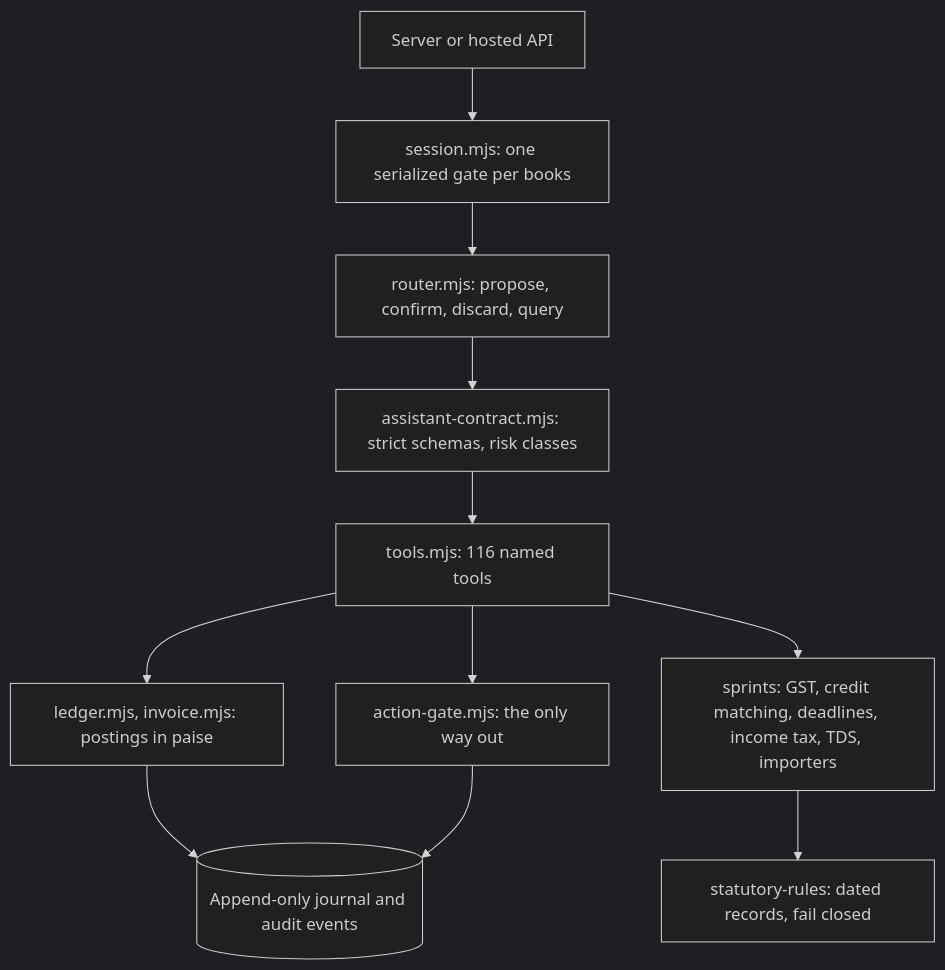
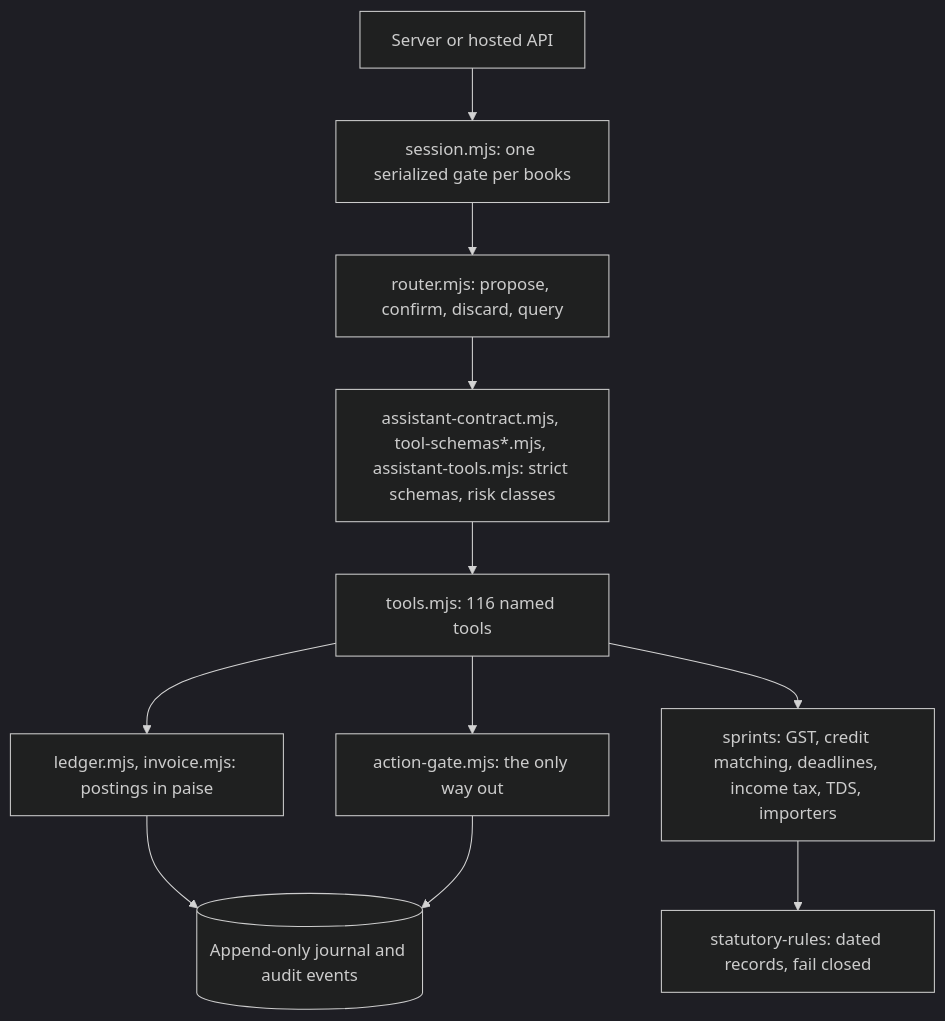
One commit to Vidyuthlabstechnologies/myca changed the second of 3 diagrams in docs/architecture/ARCHITECTURE.md. Above: the diagram before and after it, drawn with Mermaid (dark theme). The commit also changed 21 other files, not shown here.

````diff
--- a/docs/architecture/ARCHITECTURE.md
+++ b/docs/architecture/ARCHITECTURE.md
@@ -56,13 +56,13 @@
 ```mermaid
 flowchart TD
   caller[Server or hosted API] --> session[session.mjs: one serialized gate per books]
   session --> router[router.mjs: propose, confirm, discard, query]
-  router --> contract[assistant-contract.mjs: strict schemas, risk classes]
+  router --> contract[assistant-contract.mjs, tool-schemas*.mjs, assistant-tools.mjs: strict schemas, risk classes]
   contract --> tools[tools.mjs: 116 named tools]
   tools --> ledger[ledger.mjs, invoice.mjs: postings in paise]
   tools --> engines[sprints: GST, credit matching, deadlines, income tax, TDS, importers]
   tools --> gate[action-gate.mjs: the only way out]
   engines --> rules[statutory-rules: dated records, fail closed]
   ledger --> journal[(Append-only journal and audit events)]
   gate --> journal
 ```
````
